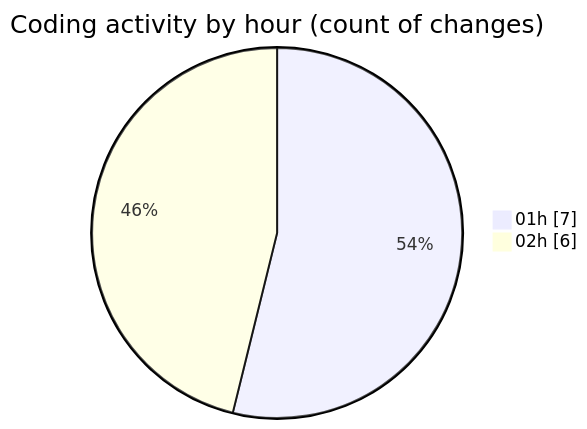
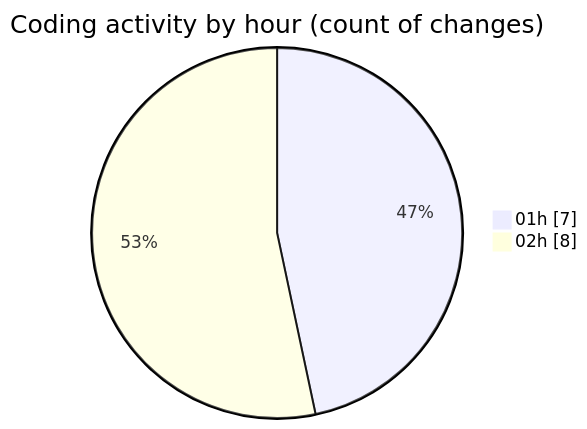
The second of 2 diagrams in 2025-01-24/projects/README.md (Ritupan-Deka/code-tracking), drawn with Mermaid before and after one commit. The commit also changed other lines of this file and 1 other file, not shown here.

````diff
--- a/2025-01-24/projects/README.md
+++ b/2025-01-24/projects/README.md
@@ -39,6 +39,6 @@
 ```mermaid
 pie showData
 title Coding activity by hour (count of changes)
 "01h" : 7
-"02h" : 6
+"02h" : 8
 ```
````
